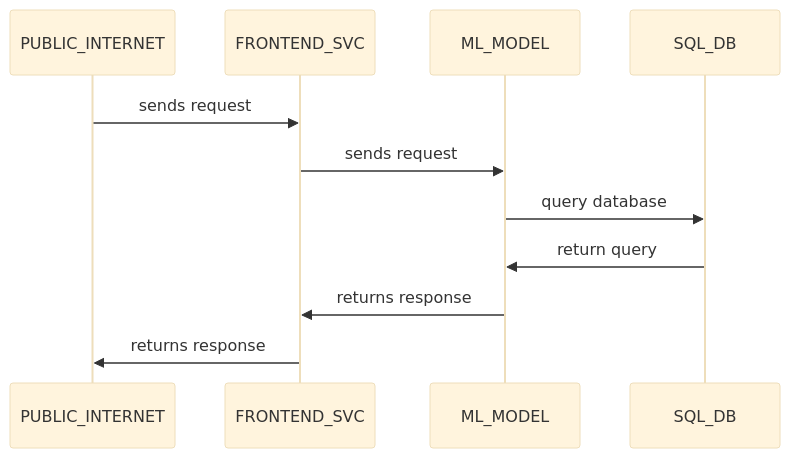
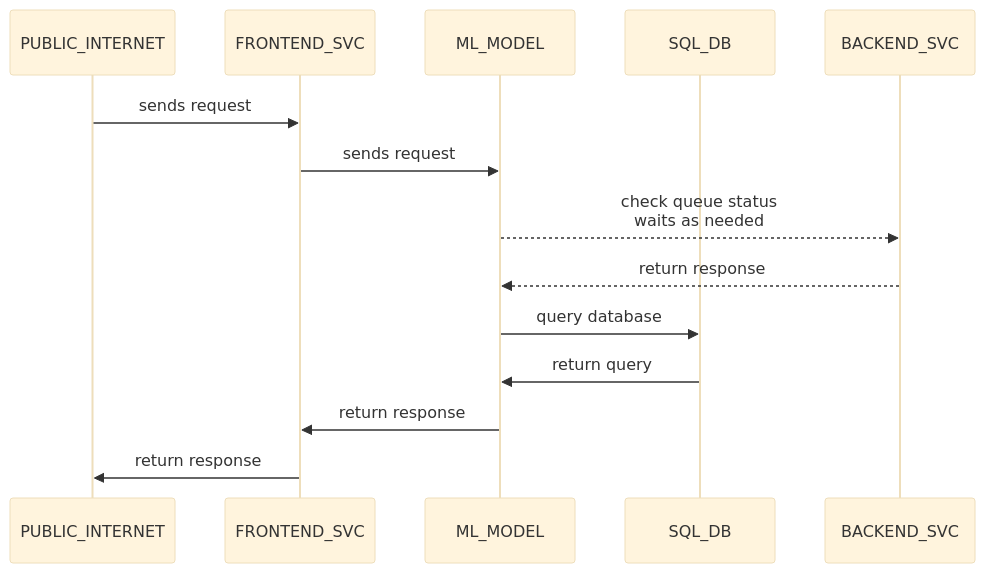
Before and after one commit to mxava/mcbroken-ml: the second of 3 diagrams in architecture.md, drawn with Mermaid (base theme). The commit also changed other lines of this file, not shown here.

````diff
--- a/architecture.md
+++ b/architecture.md
@@ -20,14 +21,17 @@
 ```mermaid
 sequenceDiagram
    participant PUBLIC_INTERNET
    participant FRONTEND_SVC
    participant ML_MODEL
    participant SQL_DB
+   participant BACKEND_SVC
 
    PUBLIC_INTERNET->>FRONTEND_SVC: sends request
    FRONTEND_SVC->>ML_MODEL: sends request
+   ML_MODEL-->>BACKEND_SVC: check queue status<br/>waits as needed
+   BACKEND_SVC-->>ML_MODEL: return response
    ML_MODEL->>SQL_DB: query database
    SQL_DB->>ML_MODEL: return query
-   ML_MODEL->>FRONTEND_SVC: returns response
-   FRONTEND_SVC->>PUBLIC_INTERNET: returns response
+   ML_MODEL->>FRONTEND_SVC: return response
+   FRONTEND_SVC->>PUBLIC_INTERNET: return response
 ```
````
